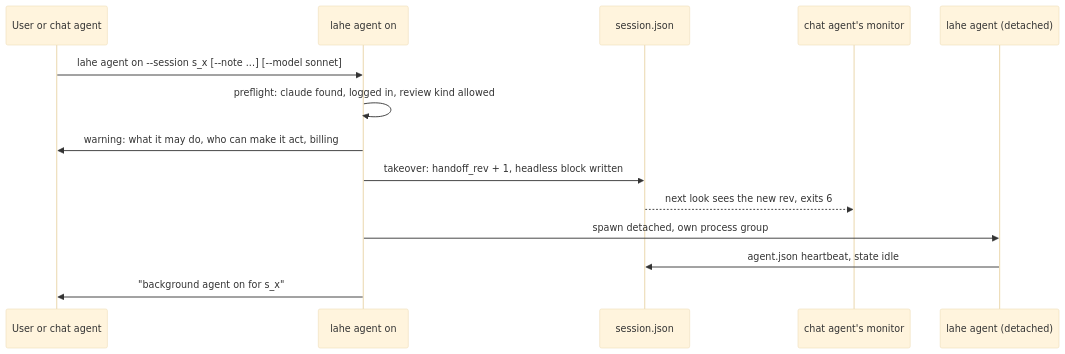
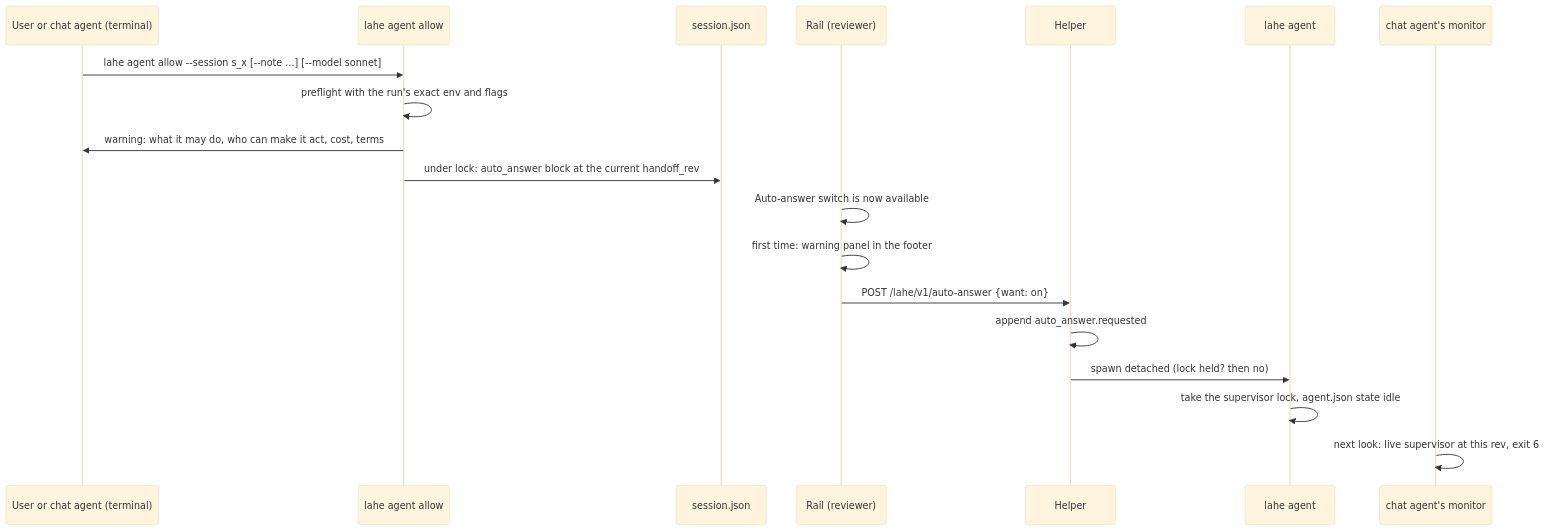
Before and after one commit to kenxle/live-agentic-html-editor: the second of 6 diagrams in docs/features/20260929.01_lahe_agent_sdk/02_architecture_lahe_agent_sdk.md, drawn with Mermaid (base theme). The commit also changed other lines of this file and 1 other file, not shown here.

````diff
--- a/docs/features/20260929.01_lahe_agent_sdk/02_architecture_lahe_agent_sdk.md
+++ b/docs/features/20260929.01_lahe_agent_sdk/02_architecture_lahe_agent_sdk.md
@@ -162,17 +224,22 @@
 ```mermaid
 sequenceDiagram
-  participant U as User or chat agent
-  participant CLI as lahe agent on
+  participant U as User or chat agent (terminal)
+  participant CLI as lahe agent allow
   participant S as session.json
+  participant R as Rail (reviewer)
+  participant H as Helper
+  participant A as lahe agent
   participant M as chat agent's monitor
-  participant A as lahe agent (detached)
 
-  U->>CLI: lahe agent on --session s_x [--note ...] [--model sonnet]
-  CLI->>CLI: preflight: claude found, logged in, review kind allowed
-  CLI->>U: warning: what it may do, who can make it act, billing
-  CLI->>S: takeover: handoff_rev + 1, headless block written
-  S-->>M: next look sees the new rev, exits 6
-  CLI->>A: spawn detached, own process group
-  A->>S: agent.json heartbeat, state idle
-  CLI->>U: "background agent on for s_x"
+  U->>CLI: lahe agent allow --session s_x [--note ...] [--model sonnet]
+  CLI->>CLI: preflight with the run's exact env and flags
+  CLI->>U: warning: what it may do, who can make it act, cost, terms
+  CLI->>S: under lock: auto_answer block at the current handoff_rev
+  R->>R: Auto-answer switch is now available
+  R->>R: first time: warning panel in the footer
+  R->>H: POST /lahe/v1/auto-answer {want: on}
+  H->>H: append auto_answer.requested
+  H->>A: spawn detached (lock held? then no)
+  A->>A: take the supervisor lock, agent.json state idle
+  M->>M: next look: live supervisor at this rev, exit 6
 ```
````
